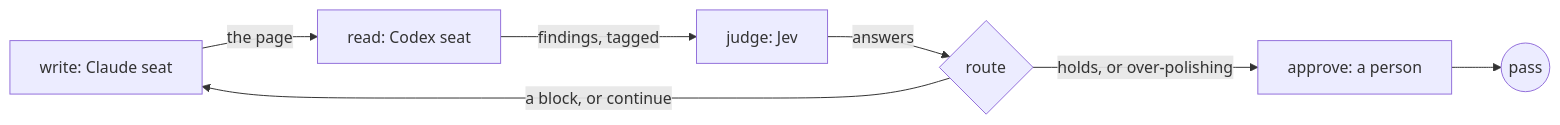
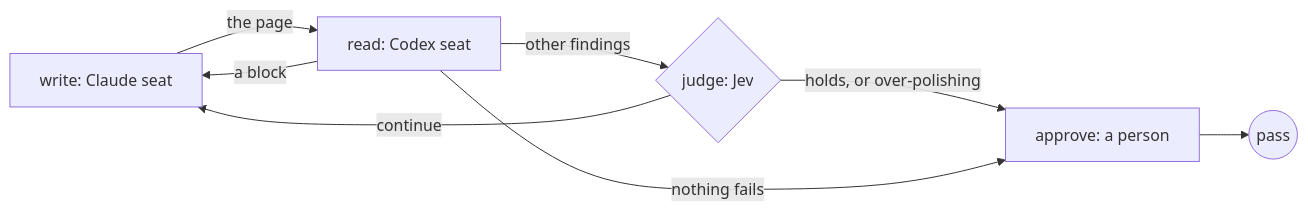
One commit to jonny981/obversa changed the diagram in docs/public/patterns/judge-stops-the-loop.mdx. Above: the diagram before and after it, drawn with Mermaid. The commit also changed other lines of this file and 3 other files, not shown here.

````diff
--- a/docs/public/patterns/judge-stops-the-loop.mdx
+++ b/docs/public/patterns/judge-stops-the-loop.mdx
@@ -22,9 +22,10 @@
 ```mermaid
 flowchart LR
   write["write: Claude seat"] -->|the page| read["read: Codex seat"]
-  read -->|findings, tagged| judge["judge: Jev"]
-  judge -->|answers| route{route}
-  route -->|a block, or continue| write
-  route -->|holds, or over-polishing| approve["approve: a person"]
+  read -->|a block| write
+  read -->|other findings| judge{"judge: Jev"}
+  judge -->|continue| write
+  judge -->|holds, or over-polishing| approve["approve: a person"]
+  read -->|nothing fails| approve
   approve --> done((pass))
 ```
````
